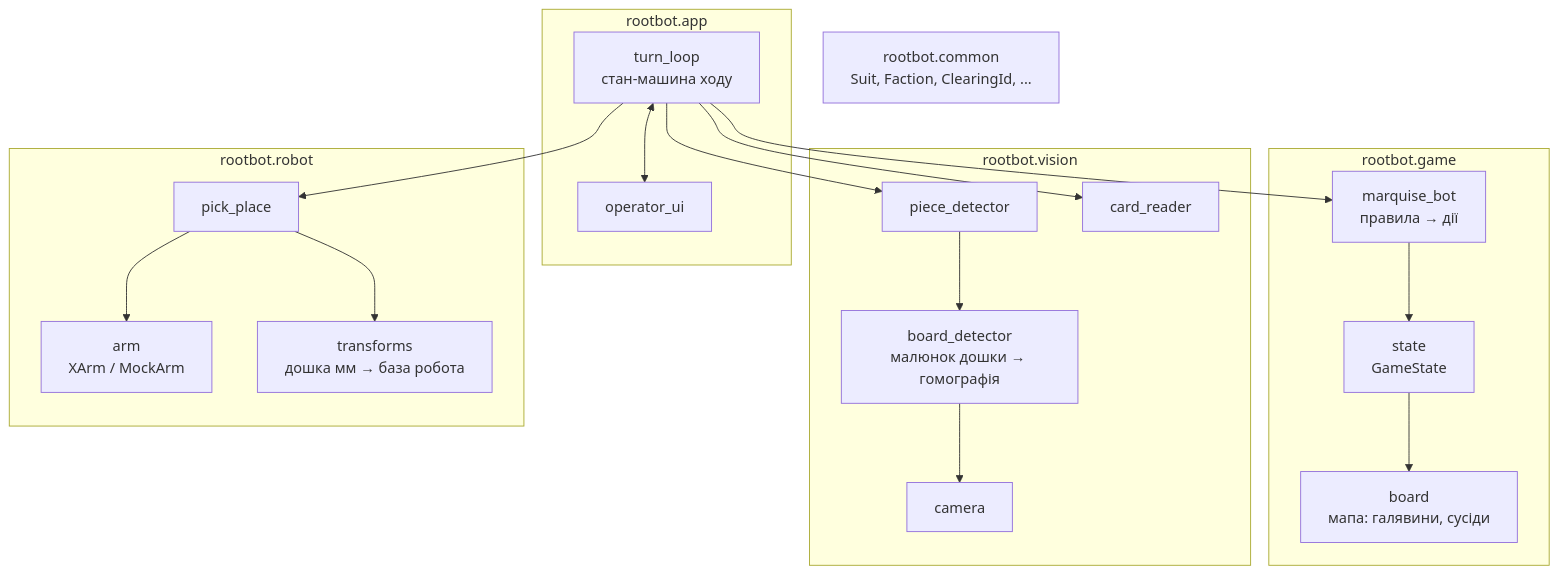
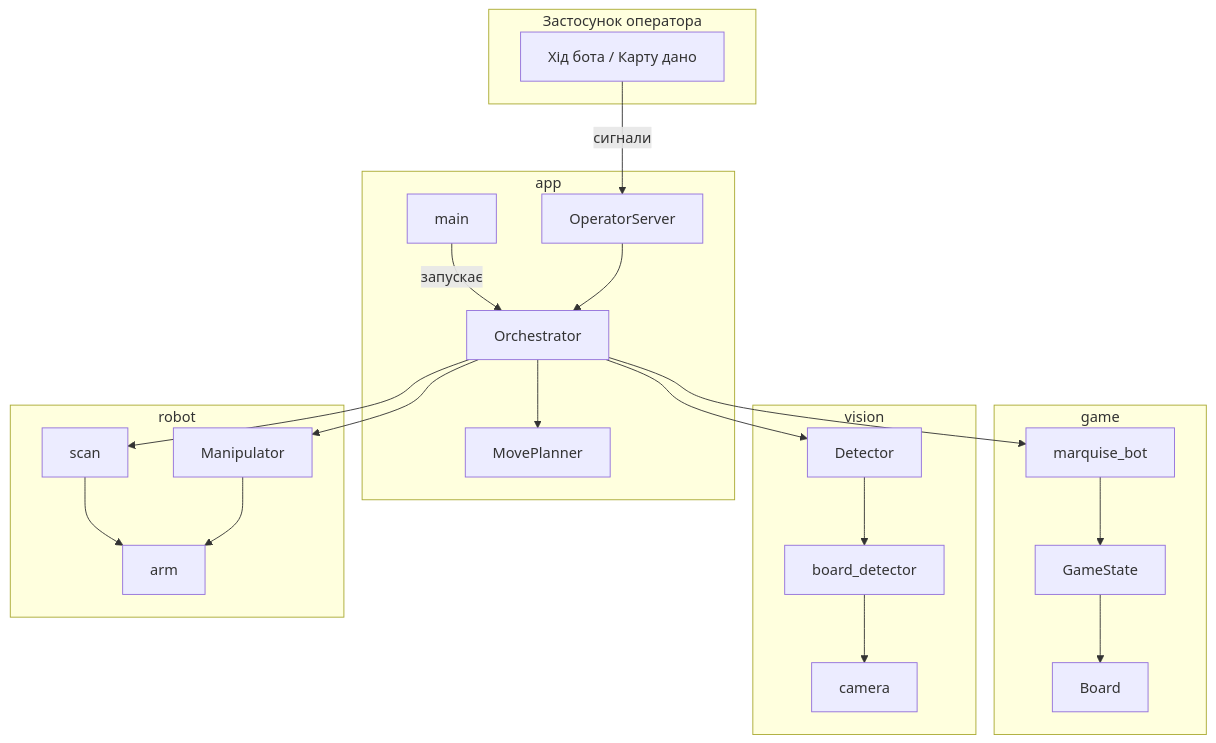
The first of 2 diagrams in docs/architecture.md (olenakshyk/RootBot67), drawn with Mermaid before and after one commit. The commit also changed other lines of this file and 16 other files, not shown here.

First line of the commit message:
Documentation in docs/: short README with an index, overview, getting started, contributing, architecture overview, autonomy list

````diff
--- a/docs/architecture.md
+++ b/docs/architecture.md
@@ -18,34 +13,39 @@
 ```mermaid
 flowchart TB
-    subgraph app [rootbot.app]
-        LOOP[turn_loop<br/>стан-машина ходу]
-        UI[operator_ui]
+    subgraph opapp [Застосунок оператора]
+        BTN[Хід бота / Карту дано]
     end
-    subgraph game [rootbot.game]
-        BOARD[board<br/>мапа: галявини, сусіди]
-        STATE[state<br/>GameState]
-        BOT[marquise_bot<br/>правила → дії]
+    subgraph app [app]
+        MAIN[main]
+        SRV[OperatorServer]
+        LOOP[Orchestrator]
+        MP[MovePlanner]
     end
-    subgraph vision [rootbot.vision]
+    subgraph game [game]
+        BOT[marquise_bot]
+        STATE[GameState]
+        BOARD[Board]
+    end
+    subgraph vision [vision]
+        PD[Detector]
+        BD[board_detector]
         CAMV[camera]
-        BD[board_detector<br/>малюнок дошки → гомографія]
-        PD[piece_detector]
-        CR[card_reader]
     end
-    subgraph robot [rootbot.robot]
-        ARM[arm<br/>XArm / MockArm]
-        TF[transforms<br/>дошка мм → база робота]
-        PP[pick_place]
+    subgraph robot [robot]
+        SC[scan]
+        PP[Manipulator]
+        ARM[arm]
     end
-    common[rootbot.common<br/>Suit, Faction, ClearingId, ...]
 
+    MAIN -- запускає --> LOOP
+    BTN -- сигнали --> SRV --> LOOP
+    LOOP --> MP
     LOOP --> BOT
+    LOOP --> SC
     LOOP --> PD
-    LOOP --> CR
     LOOP --> PP
-    LOOP <--> UI
     PD --> BD --> CAMV
-    PP --> TF
+    SC --> ARM
     PP --> ARM
     BOT --> STATE --> BOARD
 ```
````
